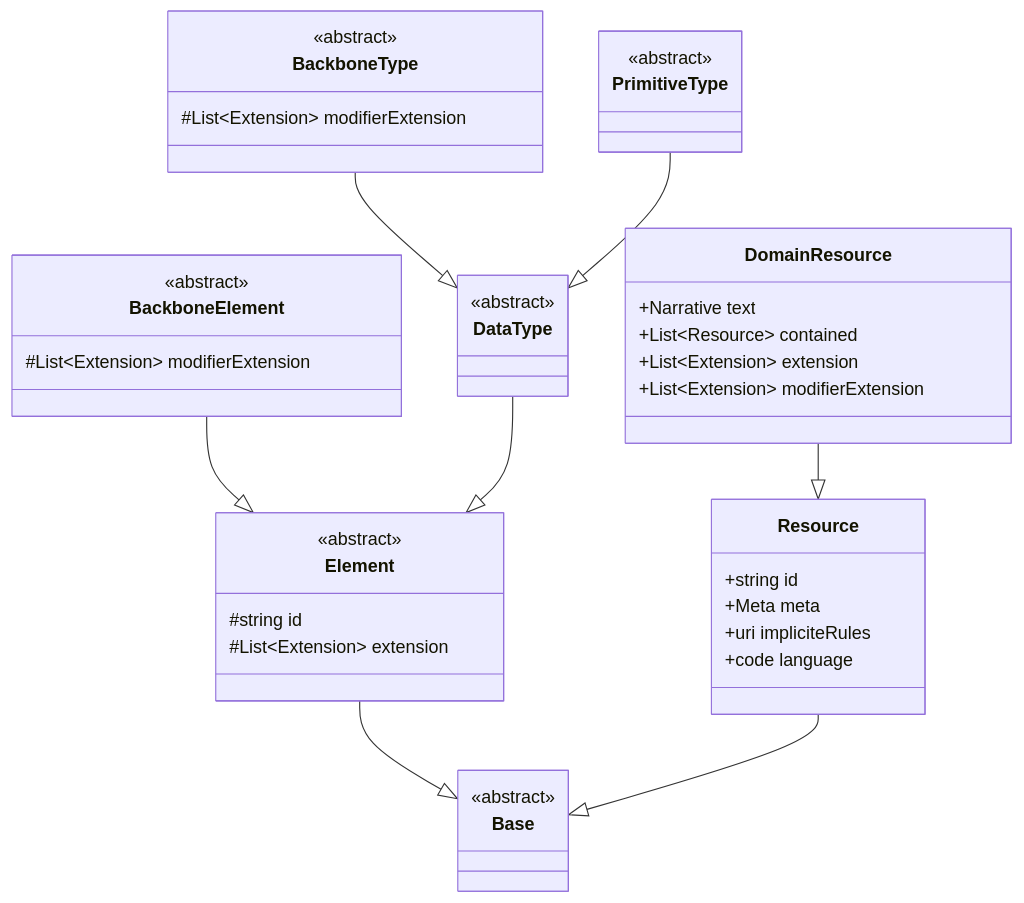
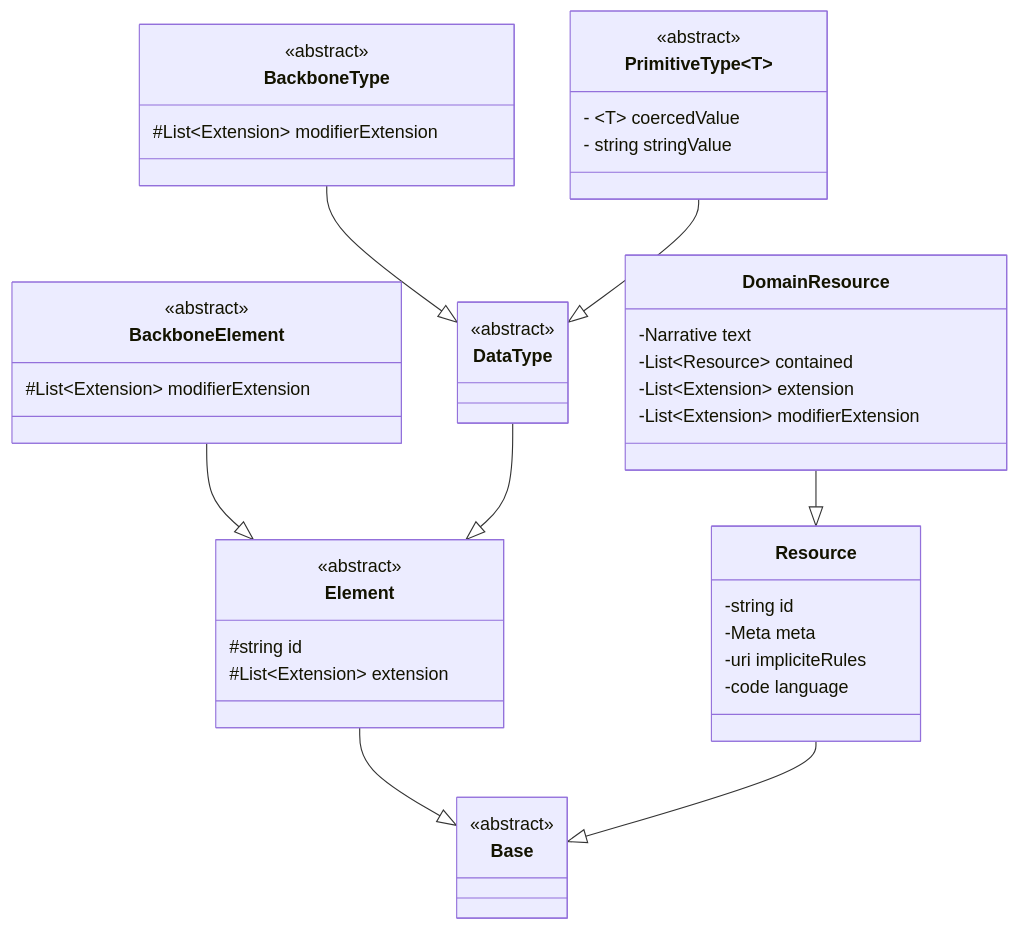
Before and after one commit to Paqrat76/ts-fhir-datamodels: the diagram in dev-docs/fhir-type-framework.md, drawn with Mermaid. The commit also changed other lines of this file and 36 other files, not shown here.

````diff
--- a/dev-docs/fhir-type-framework.md
+++ b/dev-docs/fhir-type-framework.md
@@ -7,45 +7,47 @@
 ```mermaid
 classDiagram
 
   class Base
   <<abstract>> Base
 
   class Element
   <<abstract>> Element
     Element : #string id
     Element : #List~Extension~ extension
   Element --|> Base
 
   class BackboneElement
   <<abstract>> BackboneElement
   BackboneElement : #List~Extension~ modifierExtension
   BackboneElement --|> Element
 
   class DataType
   <<abstract>> DataType
   DataType --|> Element
 
   class BackboneType
   <<abstract>> BackboneType
     BackboneType : #List~Extension~ modifierExtension
   BackboneType --|> DataType
 
-  class PrimitiveType
+  class PrimitiveType~T~
   <<abstract>> PrimitiveType
+    PrimitiveType: - ~T~ coercedValue
+    PrimitiveType: - string stringValue
   PrimitiveType --|> DataType
 
   class Resource
-    Resource : +string id
-    Resource : +Meta meta
-    Resource : +uri impliciteRules
-    Resource : +code language
+    Resource : -string id
+    Resource : -Meta meta
+    Resource : -uri impliciteRules
+    Resource : -code language
   Resource --|> Base
 
   class DomainResource
-    DomainResource : +Narrative text
-    DomainResource : +List~Resource~ contained
-    DomainResource : +List~Extension~ extension
-    DomainResource : +List~Extension~ modifierExtension
+    DomainResource : -Narrative text
+    DomainResource : -List~Resource~ contained
+    DomainResource : -List~Extension~ extension
+    DomainResource : -List~Extension~ modifierExtension
   DomainResource --|> Resource
 
 ```
````
